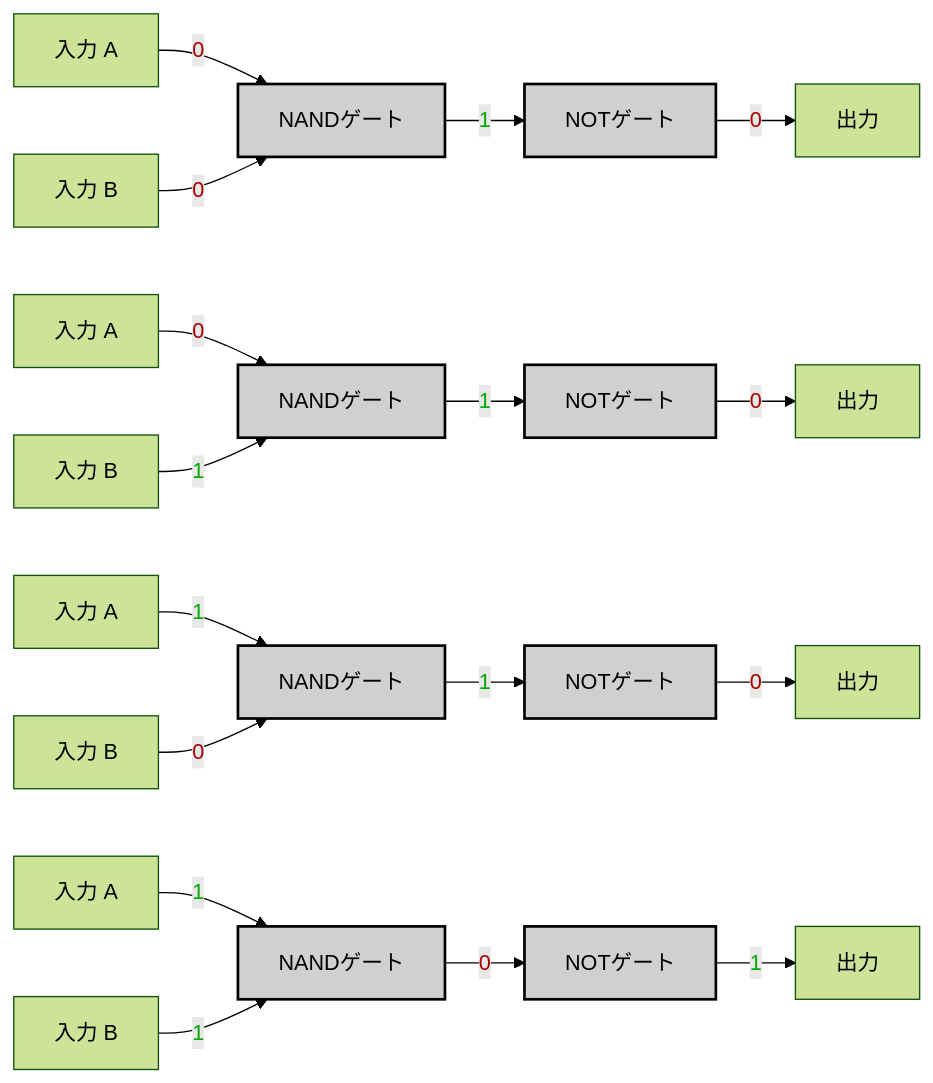
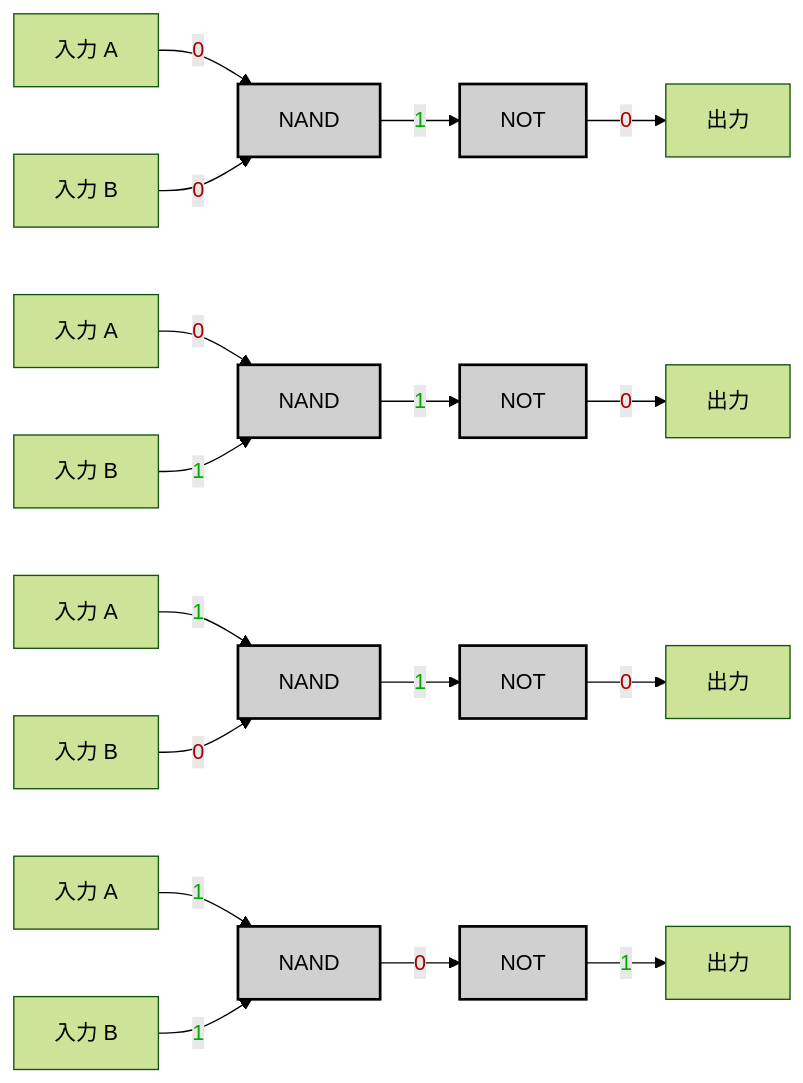
The second of 2 diagrams in 99_Projects/Nand2Tetris/HackHDL/AND.md (MeJamoLeo/Vault_Templates), drawn with Mermaid (forest theme) before and after one commit. The commit also changed other lines of this file and 3 other files, not shown here.

````diff
--- a/99_Projects/Nand2Tetris/HackHDL/AND.md
+++ b/99_Projects/Nand2Tetris/HackHDL/AND.md
@@ -56,24 +58,24 @@
 ```mermaid
 graph LR;
     A["入力 A"] -->|<span style="color:#a00">0</span>| NAND0;
     B["入力 B"] -->|<span style="color:#a00">0</span>| NAND0;
-    NAND0["NANDゲート"]:::gate -->|<span style="color:#0a0">1</span>| NOT0["NOTゲート"]:::gate;
+    NAND0["NAND"]:::gate -->|<span style="color:#0a0">1</span>| NOT0["NOT"]:::gate;
     NOT0 -->|<span style="color:#a00">0</span>| OUT0["出力"];
 
     A1["入力 A"] -->|<span style="color:#a00">0</span>| NAND1;
     B1["入力 B"] -->|<span style="color:#0a0">1</span>| NAND1;
-    NAND1["NANDゲート"]:::gate -->|<span style="color:#0a0">1</span>| NOT1["NOTゲート"]:::gate;
+    NAND1["NAND"]:::gate -->|<span style="color:#0a0">1</span>| NOT1["NOT"]:::gate;
     NOT1 -->|<span style="color:#a00">0</span>| OUT1["出力"];
 
     A2["入力 A"] -->|<span style="color:#0a0">1</span>| NAND2;
     B2["入力 B"] -->|<span style="color:#a00">0</span>| NAND2;
-    NAND2["NANDゲート"]:::gate -->|<span style="color:#0a0">1</span>| NOT2["NOTゲート"]:::gate;
+    NAND2["NAND"]:::gate -->|<span style="color:#0a0">1</span>| NOT2["NOT"]:::gate;
     NOT2 -->|<span style="color:#a00">0</span>| OUT2["出力"];
 
     A3["入力 A"] -->|<span style="color:#0a0">1</span>| NAND3;
     B3["入力 B"] -->|<span style="color:#0a0">1</span>| NAND3;
-    NAND3["NANDゲート"]:::gate -->|<span style="color:#a00">0</span>| NOT3["NOTゲート"]:::gate;
+    NAND3["NAND"]:::gate -->|<span style="color:#a00">0</span>| NOT3["NOT"]:::gate;
     NOT3 -->|<span style="color:#0a0">1</span>| OUT3["出力"];
 
     classDef gate fill:#d0d0d0,stroke:#000,stroke-width:2px;
 ```
````
